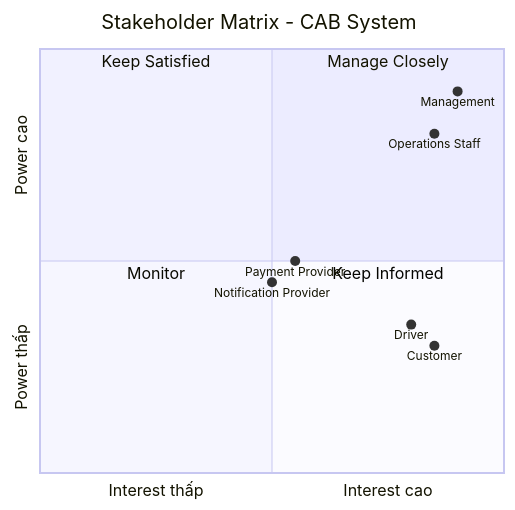
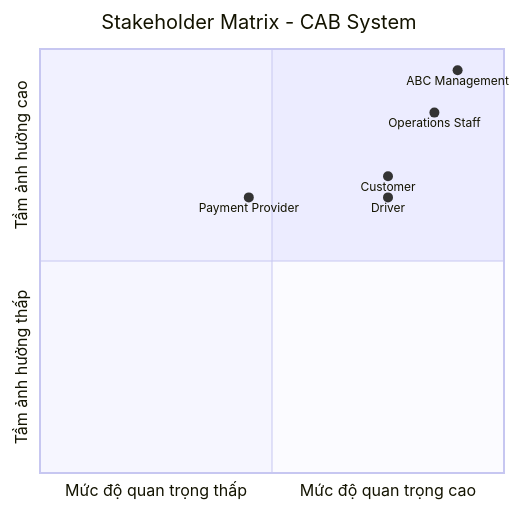
The first of 3 diagrams in srs.md (ANNGUYENPHUCHAU/23644611_AnNguyenPhucHau_CABSYSTEMS), drawn with Mermaid before and after one commit. The commit also changed other lines of this file, not shown here.

````diff
--- a/srs.md
+++ b/srs.md
@@ -39,18 +138,12 @@
 ```mermaid
 quadrantChart
     title Stakeholder Matrix - CAB System
-    x-axis "Interest thấp" --> "Interest cao"
-    y-axis "Power thấp" --> "Power cao"
+    x-axis "Mức độ quan trọng thấp" --> "Mức độ quan trọng cao"
+    y-axis "Tầm ảnh hưởng thấp" --> "Tầm ảnh hưởng cao"
 
-    quadrant-1 "Manage Closely"
-    quadrant-2 "Keep Satisfied"
-    quadrant-3 "Monitor"
-    quadrant-4 "Keep Informed"
-
-    "Management": [0.90, 0.90]
-    "Operations Staff": [0.85, 0.80]
-    "Customer": [0.85, 0.30]
-    "Driver": [0.80, 0.35]
-    "Payment Provider": [0.55, 0.50]
-    "Notification Provider": [0.50, 0.45]
+    "Customer": [0.75, 0.70]
+    "Driver": [0.75, 0.65]
+    "Operations Staff": [0.85, 0.85]
+    "ABC Management": [0.90, 0.95]
+    "Payment Provider": [0.45, 0.65]
 ```
````
